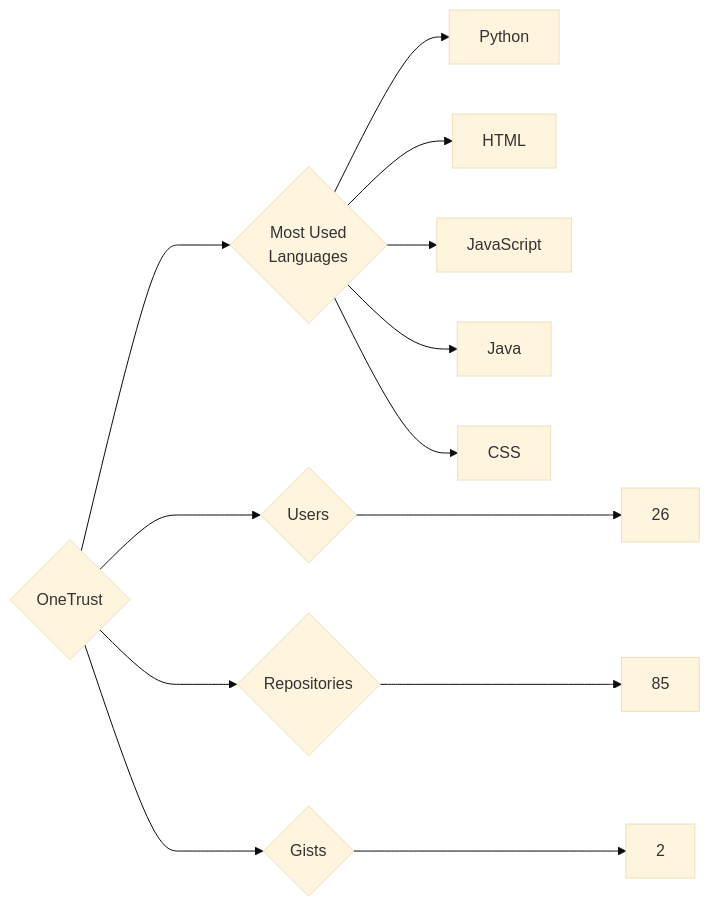
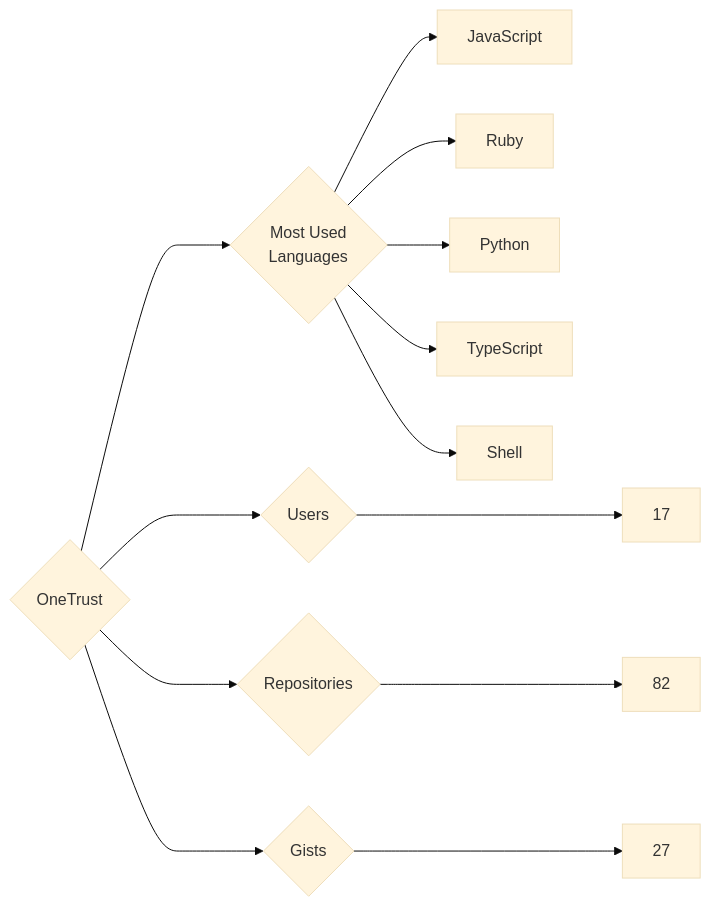
Before and after one commit to trickest/insiders: the diagram in targets/OneTrust/README.md, drawn with Mermaid (base theme). The commit also changed 794 other files, not shown here.

````diff
--- a/targets/OneTrust/README.md
+++ b/targets/OneTrust/README.md
@@ -3,13 +3,13 @@
 ```mermaid
 graph LR
 COMPANY_NAME{OneTrust}
-COMPANY_NAME ---> U{Users} ---> UN[26]
-COMPANY_NAME ---> R{Repositories} ---> RN[85]
-COMPANY_NAME ---> G{Gists} ---> GN[2]
+COMPANY_NAME ---> U{Users} ---> UN[17]
+COMPANY_NAME ---> R{Repositories} ---> RN[82]
+COMPANY_NAME ---> G{Gists} ---> GN[27]
 COMPANY_NAME ---> ML{Most Used<br>Languages}
+ML --> JavaScript[JavaScript]
+ML --> Ruby[Ruby]
 ML --> Python[Python]
-ML --> HTML[HTML]
-ML --> JavaScript[JavaScript]
-ML --> Java[Java]
-ML --> CSS[CSS]
+ML --> TypeScript[TypeScript]
+ML --> Shell[Shell]
 ```
````
